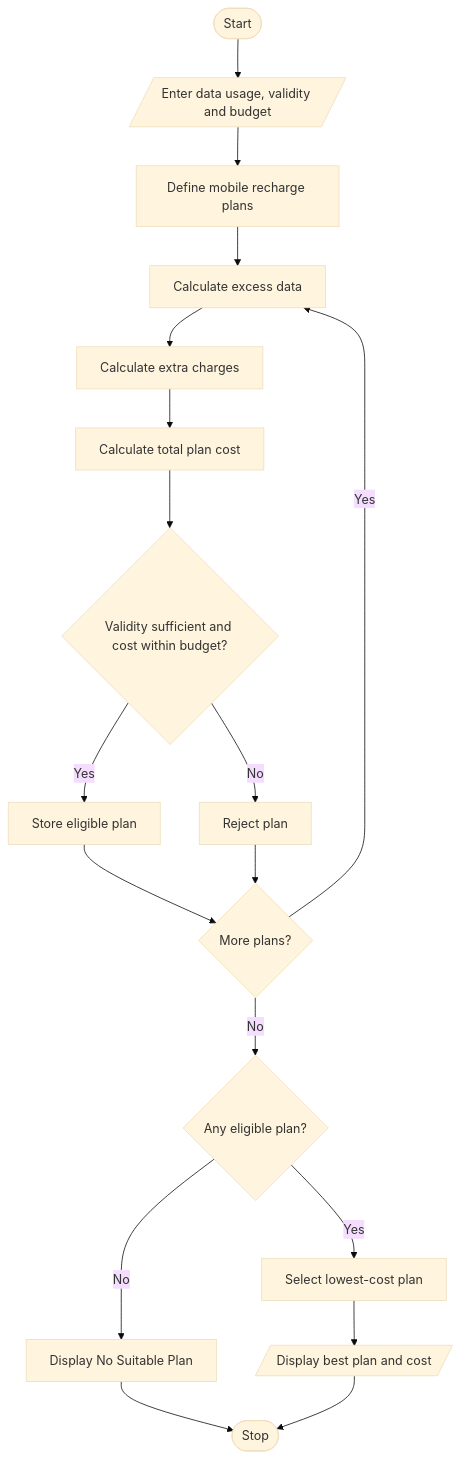
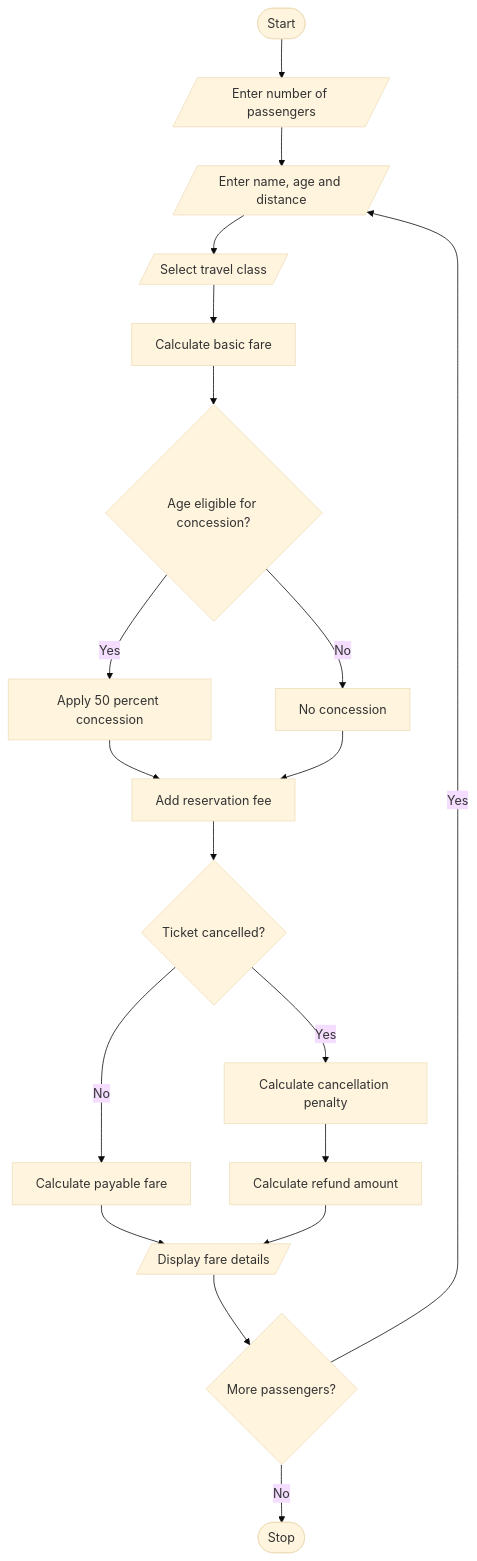
One commit to Nimmakurilokesh/Python_Activity_Based_Learning changed the diagram in Task 1/Task 2/Task 3/Task 4/Task 5/Task 5.md. Above: the diagram before and after it, drawn with Mermaid (base theme).

Commit message:
Task 5.md

````diff
--- a/Task 1/Task 2/Task 3/Task 4/Task 5/Task 5.md
+++ b/Task 1/Task 2/Task 3/Task 4/Task 5/Task 5.md
@@ -16,22 +16,25 @@
 ```mermaid
-   
+
+
 flowchart TD
-    A([Start]) --> B[/Enter data usage, validity and budget/]
-    B --> C[Define mobile recharge plans]
-    C --> D[Calculate excess data]
-    D --> E[Calculate extra charges]
-    E --> F[Calculate total plan cost]
-    F --> G{Validity sufficient and cost within budget?}
-    G -- Yes --> H[Store eligible plan]
-    G -- No --> I[Reject plan]
-    H --> J{More plans?}
-    I --> J
-    J -- Yes --> D
-    J -- No --> K{Any eligible plan?}
-    K -- Yes --> L[Select lowest-cost plan]
-    K -- No --> M[Display No Suitable Plan]
-    L --> N[/Display best plan and cost/]
-    M --> O([Stop])
-    N --> O
+    A([Start]) --> B[/Enter number of passengers/]
+    B --> C[/Enter name, age and distance/]
+    C --> D[/Select travel class/]
+    D --> E[Calculate basic fare]
+    E --> F{Age eligible for concession?}
+    F -- Yes --> G[Apply 50 percent concession]
+    F -- No --> H[No concession]
+    G --> I[Add reservation fee]
+    H --> I
+    I --> J{Ticket cancelled?}
+    J -- Yes --> K[Calculate cancellation penalty]
+    J -- No --> L[Calculate payable fare]
+    K --> M[Calculate refund amount]
+    L --> N[/Display fare details/]
+    M --> N
+    N --> O{More passengers?}
+    O -- Yes --> C
+    O -- No --> P([Stop])
+
 
 ```
````
